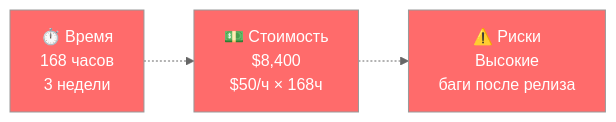
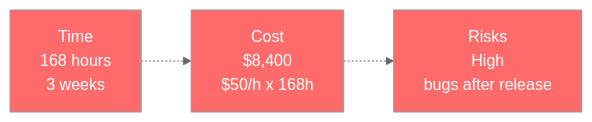
One commit to ad3002/masters-course-2025-vibe-coding changed diagram 11 of 13 in materials/workshop3.md. Above: the diagram before and after it, drawn with Mermaid (neutral theme). The commit also changed other lines of this file, not shown here.

````diff
--- a/materials/workshop3.md
+++ b/materials/workshop3.md
@@ -643,13 +643,13 @@
 ```mermaid
 graph LR
-    T_TIME["⏱️ Время<br/>168 часов<br/>3 недели"]
-    T_COST["💵 Стоимость<br/>$8,400<br/>$50/ч × 168ч"]
-    T_RISK["⚠️ Риски<br/>Высокие<br/>баги после релиза"]
+    T_TIME["Time<br/>168 hours<br/>3 weeks"]
+    T_COST["Cost<br/>$8,400<br/>$50/h x 168h"]
+    T_RISK["Risks<br/>High<br/>bugs after release"]
 
     T_TIME -.-> T_COST
     T_COST -.-> T_RISK
 
     style T_TIME fill:#ff6b6b,color:#fff
     style T_COST fill:#ff6b6b,color:#fff
     style T_RISK fill:#ff6b6b,color:#fff
 ```
````
